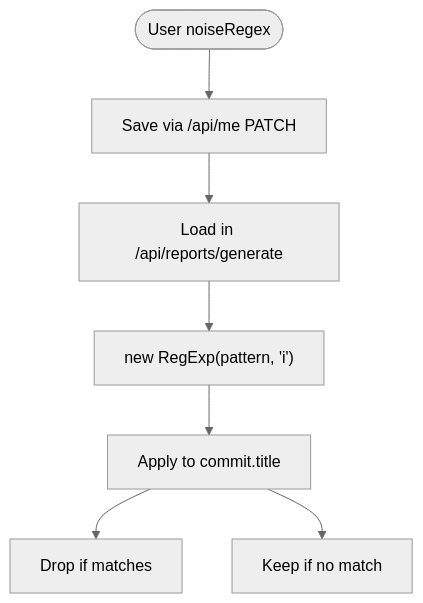
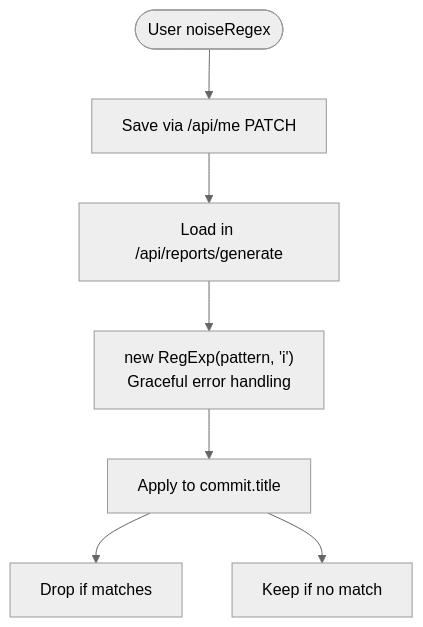
The ninth of 11 diagrams in .qoder/repowiki/en/content/Report Generation System/Commit Processing and Filtering.md (jrj444/git-daily), drawn with Mermaid (neutral theme) before and after one commit. The commit also changed other lines of this file and 6 other files, not shown here.

````diff
--- a/.qoder/repowiki/en/content/Report Generation System/Commit Processing and Filtering.md
+++ b/.qoder/repowiki/en/content/Report Generation System/Commit Processing and Filtering.md
@@ -274,9 +297,9 @@
 ```mermaid
 flowchart TD
 Start(["User noiseRegex"]) --> Save["Save via /api/me PATCH"]
 Save --> Load["Load in /api/reports/generate"]
-Load --> Compile["new RegExp(pattern, 'i')"]
+Load --> Compile["new RegExp(pattern, 'i')<br/>Graceful error handling"]
 Compile --> Test["Apply to commit.title"]
 Test --> Drop["Drop if matches"]
 Test --> Keep["Keep if no match"]
 ```
````
